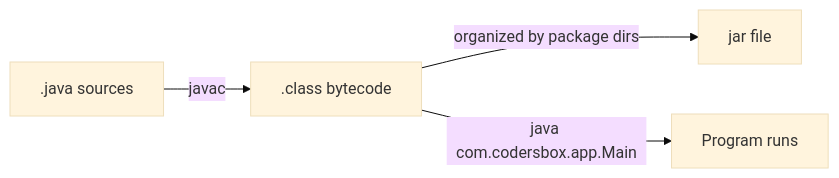
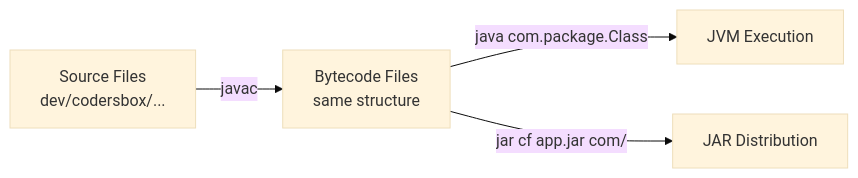
The first of 3 diagrams in src/content/tutorials/java-complete/java-complete-part-2.md (pc-eight-one/codersbox), drawn with Mermaid (base theme) before and after one commit. The commit also changed other lines of this file and 43 other files, not shown here.

````diff
--- a/src/content/tutorials/java-complete/java-complete-part-2.md
+++ b/src/content/tutorials/java-complete/java-complete-part-2.md
@@ -136,6 +112,6 @@
-```mermaid
+```mermaid  
 flowchart LR
-    A[.java sources] -->|javac| B[.class bytecode]
-    B -->|organized by package dirs| C[jar file]
-    B -->|java com.codersbox.app.Main| D[Program runs]
+    A[Source Files<br/>dev/codersbox/...] -->|javac| B[Bytecode Files<br/>same structure]
+    B -->|java com.package.Class| C[JVM Execution]
+    B -->|jar cf app.jar com/| D[JAR Distribution]
 ```
````
